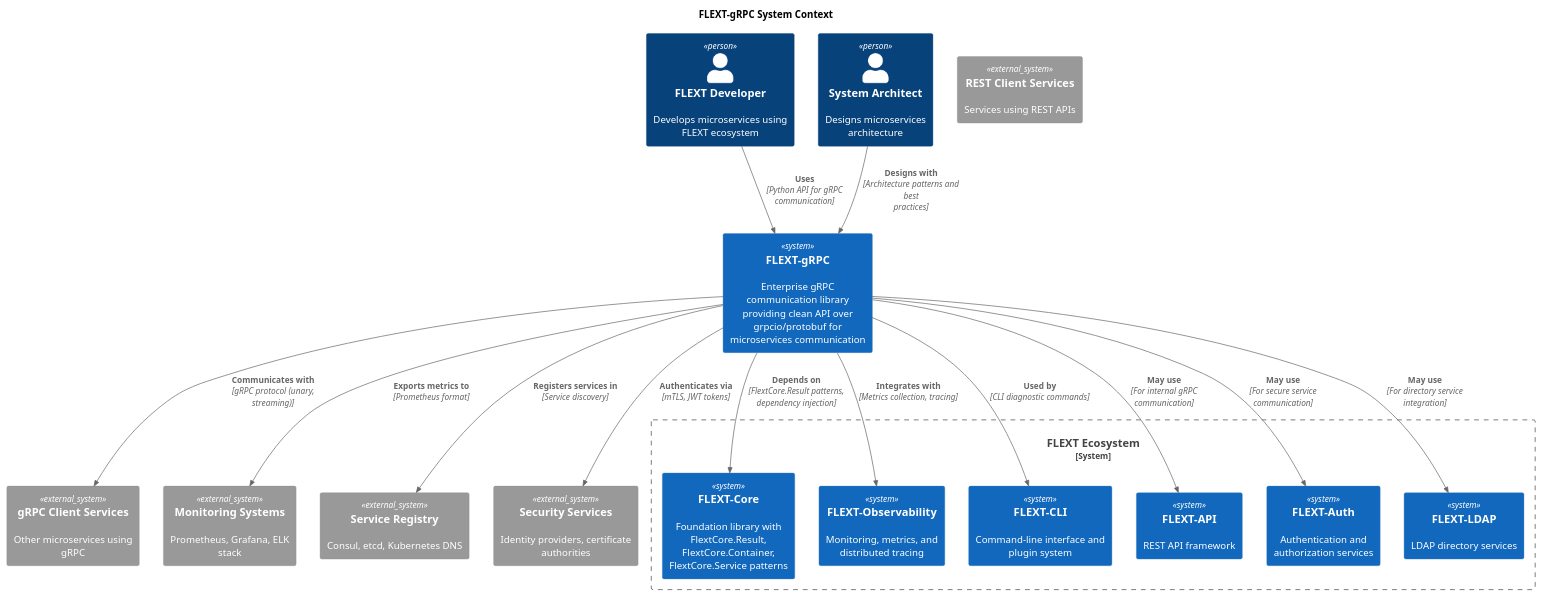
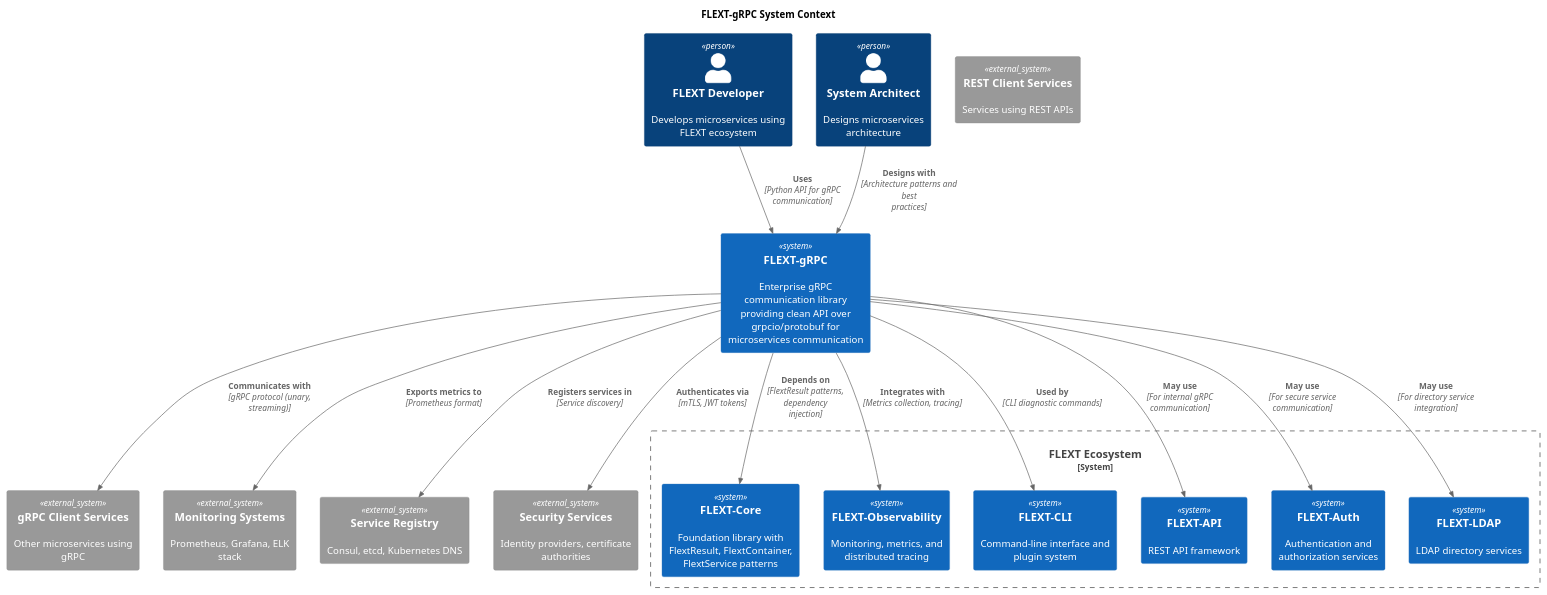
The diagram in docs/architecture/diagrams/context.puml (flext-sh/flext-grpc), drawn with PlantUML before and after one commit. The commit also changed 45 other files, not shown here.

```diff
--- a/docs/architecture/diagrams/context.puml
+++ b/docs/architecture/diagrams/context.puml
@@ -1,42 +1,42 @@
 @startuml FLEXT-gRPC Context Diagram
 !include <C4/C4_Context>
 
 title FLEXT-gRPC System Context
 
 Person(user, "FLEXT Developer", "Develops microservices using FLEXT ecosystem")
 Person(architect, "System Architect", "Designs microservices architecture")
 
 System(flext_grpc, "FLEXT-gRPC", "Enterprise gRPC communication library providing clean API over grpcio/protobuf for microservices communication")
 
 System_Boundary(flext_ecosystem, "FLEXT Ecosystem") {
-    System(flext_core, "FLEXT-Core", "Foundation library with FlextCore.Result, FlextCore.Container, FlextCore.Service patterns")
+    System(flext_core, "FLEXT-Core", "Foundation library with FlextResult, FlextContainer, FlextService patterns")
     System(flext_observability, "FLEXT-Observability", "Monitoring, metrics, and distributed tracing")
     System(flext_cli, "FLEXT-CLI", "Command-line interface and plugin system")
     System(flext_api, "FLEXT-API", "REST API framework")
     System(flext_auth, "FLEXT-Auth", "Authentication and authorization services")
     System(flext_ldap, "FLEXT-LDAP", "LDAP directory services")
 }
 
 System_Ext(grpc_clients, "gRPC Client Services", "Other microservices using gRPC")
 System_Ext(rest_clients, "REST Client Services", "Services using REST APIs")
 System_Ext(monitoring, "Monitoring Systems", "Prometheus, Grafana, ELK stack")
 System_Ext(registry, "Service Registry", "Consul, etcd, Kubernetes DNS")
 System_Ext(security, "Security Services", "Identity providers, certificate authorities")
 
 Rel(user, flext_grpc, "Uses", "Python API for gRPC communication")
 Rel(architect, flext_grpc, "Designs with", "Architecture patterns and best practices")
 
-Rel(flext_grpc, flext_core, "Depends on", "FlextCore.Result patterns, dependency injection")
+Rel(flext_grpc, flext_core, "Depends on", "FlextResult patterns, dependency injection")
 Rel(flext_grpc, flext_observability, "Integrates with", "Metrics collection, tracing")
 Rel(flext_grpc, flext_cli, "Used by", "CLI diagnostic commands")
 
 Rel(flext_grpc, grpc_clients, "Communicates with", "gRPC protocol (unary, streaming)")
 Rel(flext_grpc, monitoring, "Exports metrics to", "Prometheus format")
 Rel(flext_grpc, registry, "Registers services in", "Service discovery")
 Rel(flext_grpc, security, "Authenticates via", "mTLS, JWT tokens")
 
 Rel_Back(flext_api, flext_grpc, "May use", "For internal gRPC communication")
 Rel_Back(flext_auth, flext_grpc, "May use", "For secure service communication")
 Rel_Back(flext_ldap, flext_grpc, "May use", "For directory service integration")
 
 @enduml
```
